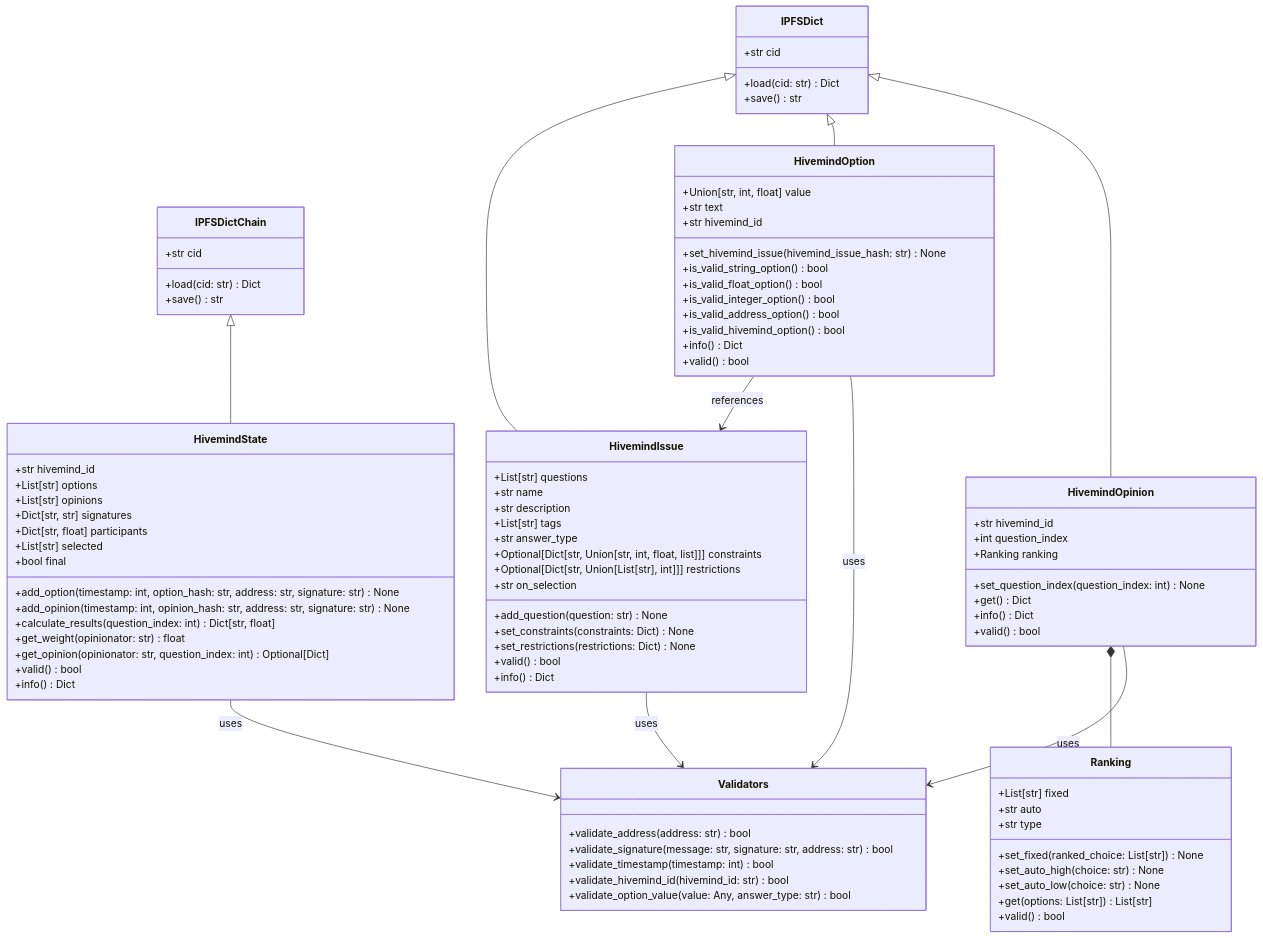
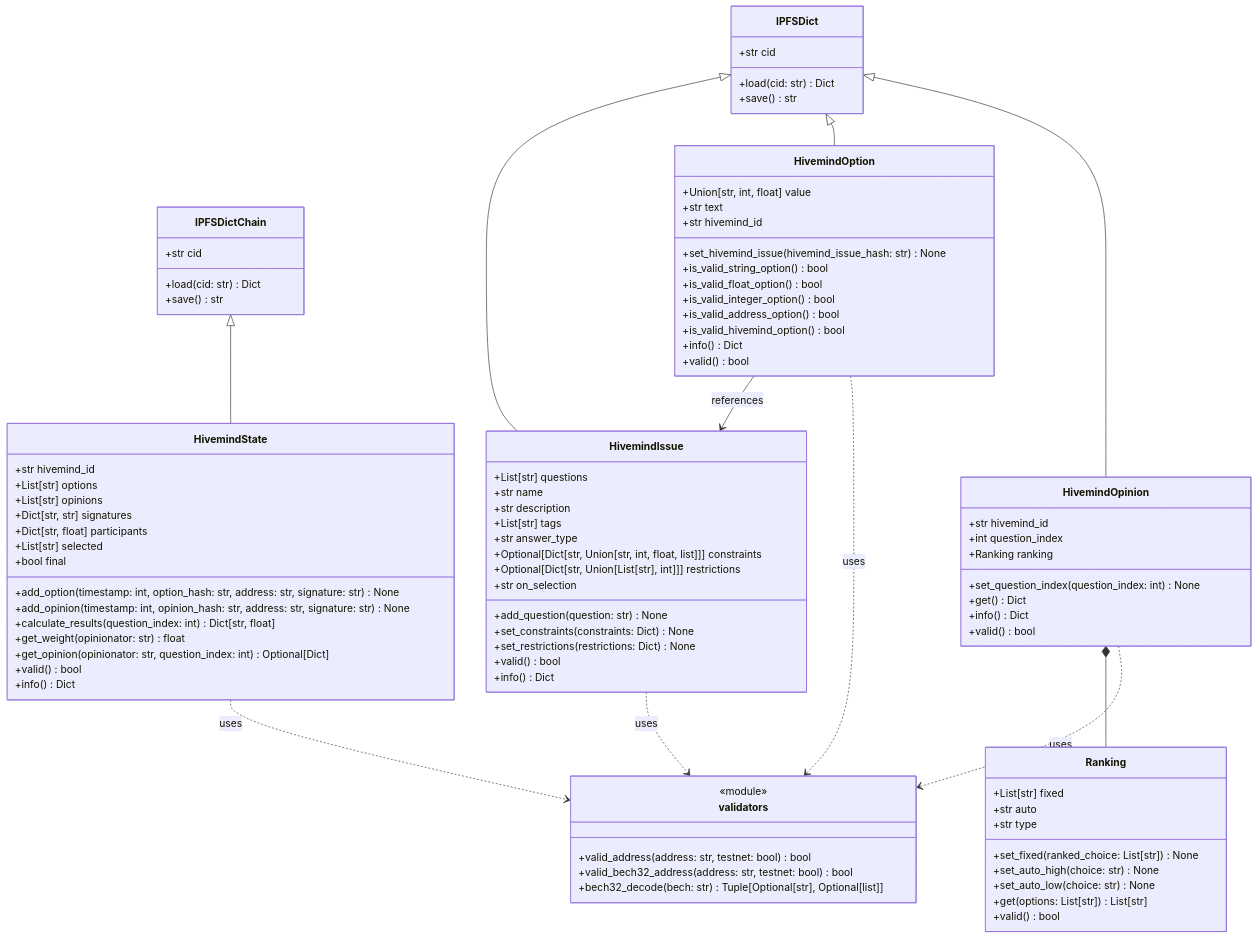
One commit to ValyrianTech/hivemind-python changed the diagram in diagrams/class_diagram.md. Above: the diagram before and after it, drawn with Mermaid.

Commit message:
docs: update class diagram to reflect actual validators implementation as module-level functions

````diff
--- a/diagrams/class_diagram.md
+++ b/diagrams/class_diagram.md
@@ -80,12 +80,11 @@
         +info() Dict
     }
 
-    class Validators {
-        +validate_address(address: str) bool
-        +validate_signature(message: str, signature: str, address: str) bool
-        +validate_timestamp(timestamp: int) bool
-        +validate_hivemind_id(hivemind_id: str) bool
-        +validate_option_value(value: Any, answer_type: str) bool
+    class validators {
+        <<module>>
+        +valid_address(address: str, testnet: bool) bool
+        +valid_bech32_address(address: str, testnet: bool) bool
+        +bech32_decode(bech: str) Tuple[Optional[str], Optional[list]]
     }
     
     IPFSDict <|-- HivemindIssue
@@ -94,8 +93,8 @@
     IPFSDictChain <|-- HivemindState
     HivemindOpinion *-- Ranking
     HivemindOption --> HivemindIssue : references
-    HivemindState --> Validators : uses
-    HivemindOption --> Validators : uses
-    HivemindOpinion --> Validators : uses
-    HivemindIssue --> Validators : uses
+    HivemindState ..> validators : uses
+    HivemindOption ..> validators : uses
+    HivemindOpinion ..> validators : uses
+    HivemindIssue ..> validators : uses
 ```
````
